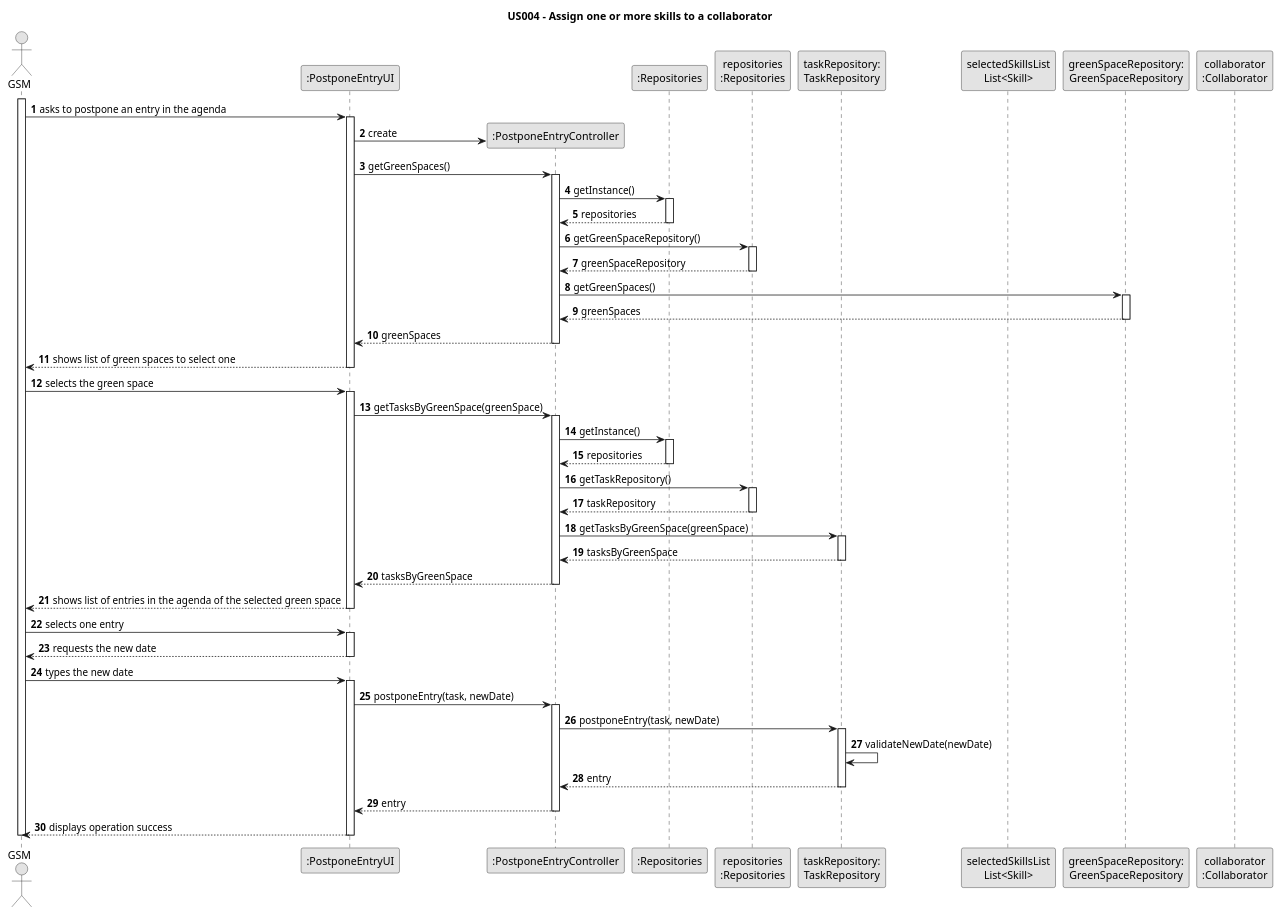
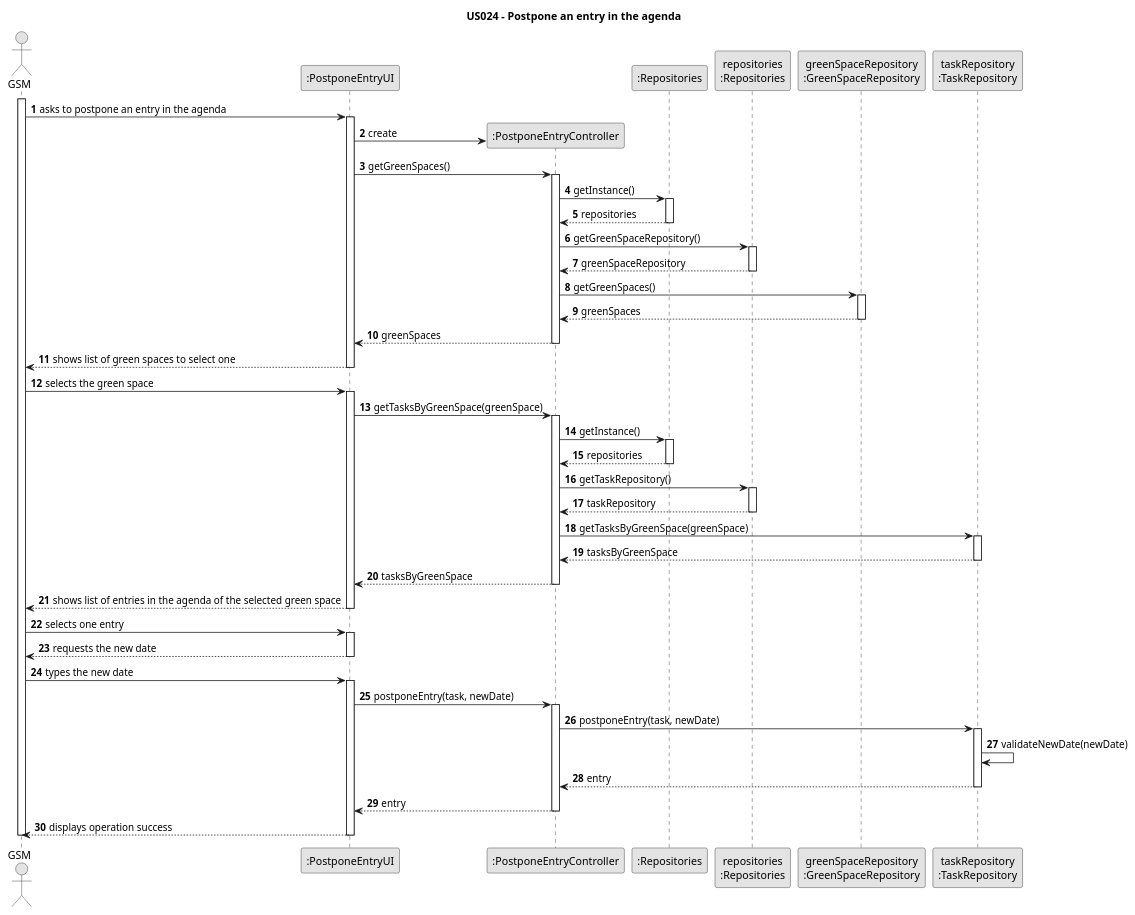
One commit to Departamento-de-Engenharia-Informatica/lei-24-s2-1dm-g132 changed the diagram in docs/sprintC/us024/03.design/puml/us024-sequence-diagram-full.puml. Above: the diagram before and after it, drawn with PlantUML. The commit also changed 6 other files, not shown here.

Commit message:
US24 created sequence diagram split and partials

```diff
--- a/docs/sprintC/us024/03.design/puml/us024-sequence-diagram-full.puml
+++ b/docs/sprintC/us024/03.design/puml/us024-sequence-diagram-full.puml
@@ -1,111 +1,109 @@
 @startuml
 skinparam monochrome true
 skinparam packageStyle rectangle
 skinparam shadowing false
 
-title US004 - Assign one or more skills to a collaborator
+title US024 - Postpone an entry in the agenda
 
 autonumber
 
 actor "GSM" as Employee
 participant ":PostponeEntryUI" as UI
 participant ":PostponeEntryController" as CTRL
 participant ":Repositories" as RepositorySingleton
 participant "repositories\n:Repositories" as PLAT
-participant "taskRepository:\nTaskRepository" as TaskRepository
-participant "selectedSkillsList\nList<Skill>" as selectedSkillsList
-participant "greenSpaceRepository:\nGreenSpaceRepository" as GreenSpaceRepository
-participant "collaborator\n:Collaborator" as Collaborator
+participant "greenSpaceRepository\n:GreenSpaceRepository" as GreenSpaceRepository
+participant "taskRepository\n:TaskRepository" as TaskRepository
 
 activate Employee
 
     Employee -> UI : asks to postpone an entry in the agenda
     activate UI
 
     UI -> CTRL** : create
 
                 UI -> CTRL : getGreenSpaces()
                 activate CTRL
 
                     CTRL -> RepositorySingleton : getInstance()
                     activate RepositorySingleton
 
                         RepositorySingleton --> CTRL: repositories
                     deactivate RepositorySingleton
 
                     CTRL -> PLAT : getGreenSpaceRepository()
                     activate PLAT
 
                         PLAT --> CTRL: greenSpaceRepository
                     deactivate PLAT
 
                     CTRL -> GreenSpaceRepository : getGreenSpaces()
                     activate GreenSpaceRepository
 
                         GreenSpaceRepository --> CTRL : greenSpaces
                     deactivate GreenSpaceRepository
 
                     CTRL --> UI : greenSpaces
                 deactivate CTRL
 
     UI --> Employee : shows list of green spaces to select one
     deactivate UI
 
     Employee -> UI : selects the green space
     activate UI
 
         UI -> CTRL : getTasksByGreenSpace(greenSpace)
         activate CTRL
 
             CTRL -> RepositorySingleton : getInstance()
             activate RepositorySingleton
 
             RepositorySingleton --> CTRL: repositories
             deactivate RepositorySingleton
 
             CTRL -> PLAT : getTaskRepository()
             activate PLAT
 
             PLAT --> CTRL: taskRepository
             deactivate PLAT
 
             CTRL -> TaskRepository : getTasksByGreenSpace(greenSpace)
             activate TaskRepository
 
             TaskRepository --> CTRL : tasksByGreenSpace
             deactivate TaskRepository
 
             CTRL --> UI : tasksByGreenSpace
         deactivate CTRL
 
     UI --> Employee : shows list of entries in the agenda of the selected green space
     deactivate UI
 
     Employee -> UI : selects one entry
     activate UI
 
     UI --> Employee : requests the new date
     deactivate UI
 
     Employee -> UI : types the new date
     activate UI
 
     UI -> CTRL : postponeEntry(task, newDate)
     activate CTRL
 
     CTRL -> TaskRepository : postponeEntry(task, newDate)
     activate TaskRepository
 
     TaskRepository -> TaskRepository : validateNewDate(newDate)
 
     TaskRepository --> CTRL : entry
     deactivate TaskRepository
 
     CTRL --> UI : entry
     deactivate CTRL
 
     UI --> Employee : displays operation success
     deactivate UI
 
 deactivate Employee
 @enduml
```
